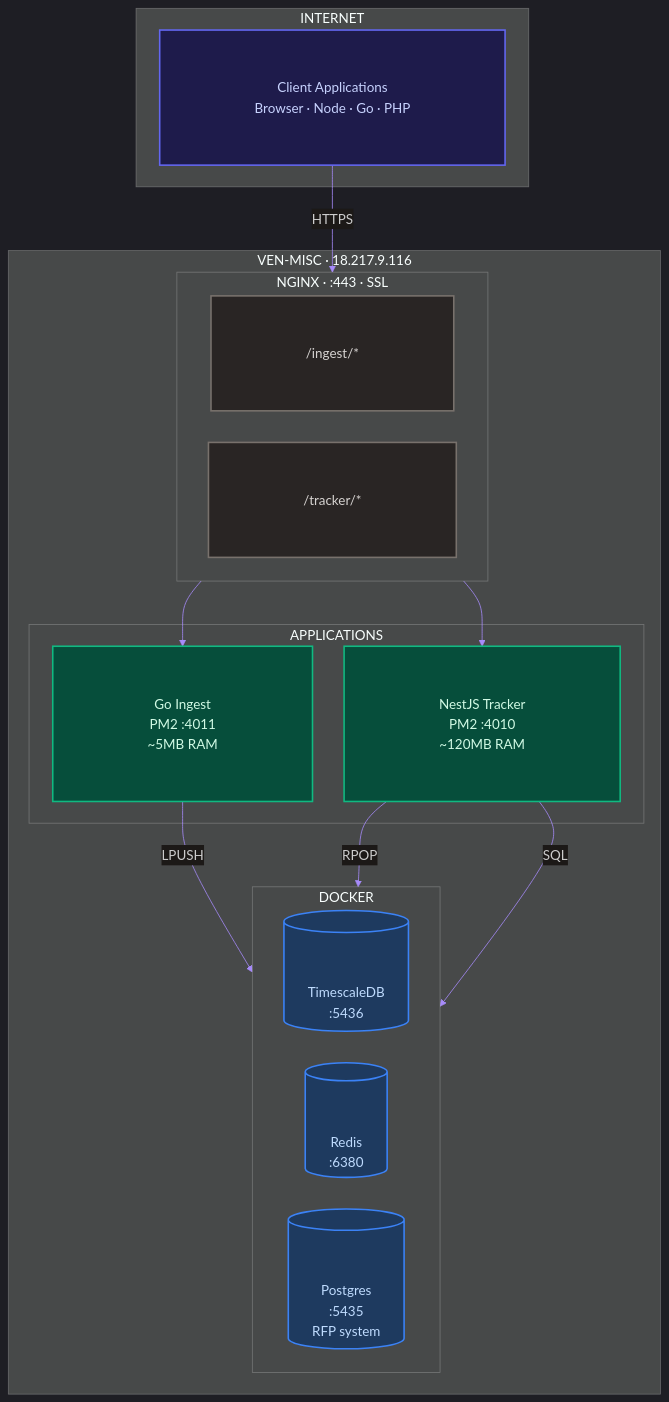
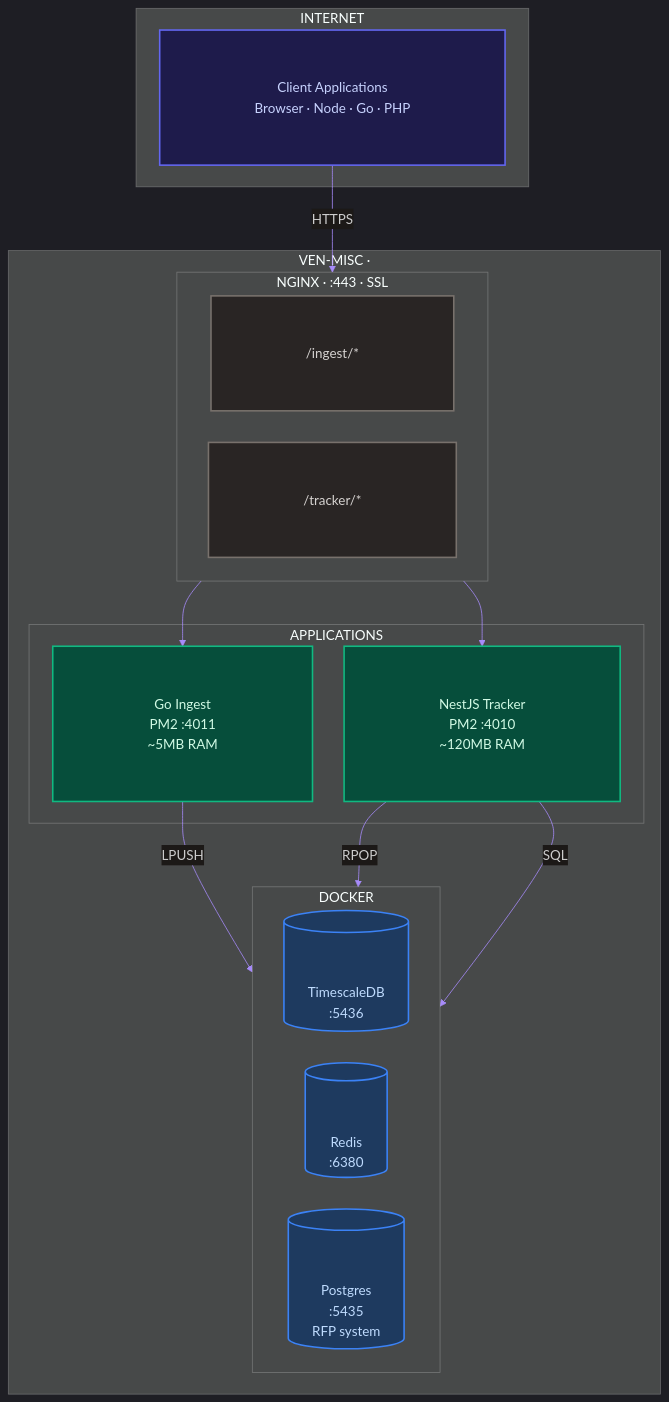
Before and after one commit to rw3iss/tracker: the sixth of 6 diagrams in docs/architecture.md, drawn with Mermaid. The commit also changed other lines of this file and 13 other files, not shown here.

````diff
--- a/docs/architecture.md
+++ b/docs/architecture.md
@@ -258,45 +258,45 @@
 ```mermaid
 %%{init: {'theme': 'dark', 'themeVariables': {'fontSize': '17px', 'fontFamily': 'Inter, system-ui, sans-serif', 'primaryColor': '#312e81', 'primaryTextColor': '#e0e7ff', 'primaryBorderColor': '#6366f1', 'lineColor': '#a78bfa', 'edgeLabelBackground': '#1c1917'}, 'flowchart': {'nodeSpacing': 40, 'rankSpacing': 55, 'padding': 60, 'curve': 'basis'}}}%%
 
 graph TB
     subgraph Internet[" INTERNET "]
         CLIENTS["Client Applications\nBrowser · Node · Go · PHP"]
     end
 
-    subgraph Server[" VEN-MISC · 18.217.9.116 "]
+    subgraph Server[" VEN-MISC · <deploy-host-ip> "]
         subgraph Nginx[" NGINX · :443 · SSL "]
             direction LR
             R1["/ingest/*"]
             R2["/tracker/*"]
         end
 
         subgraph Apps[" APPLICATIONS "]
             GO["Go Ingest\nPM2 :4011\n~5MB RAM"]
             NEST["NestJS Tracker\nPM2 :4010\n~120MB RAM"]
         end
 
         subgraph Containers[" DOCKER "]
             direction LR
             TSDB[("TimescaleDB\n:5436")]
             RED[("Redis\n:6380")]
             PG[("Postgres\n:5435\nRFP system")]
         end
     end
 
     CLIENTS -->|"HTTPS"| Nginx
     R1 --> GO
     R2 --> NEST
     GO -->|"LPUSH"| RED
     NEST -->|"RPOP"| RED
     NEST -->|"SQL"| TSDB
 
     classDef internet fill:#1e1b4b,stroke:#6366f1,color:#c7d2fe,stroke-width:2px
     classDef nginx fill:#292524,stroke:#78716c,color:#d6d3d1,stroke-width:2px
     classDef app fill:#064e3b,stroke:#10b981,color:#d1fae5,stroke-width:2px
     classDef docker fill:#1e3a5f,stroke:#3b82f6,color:#bfdbfe,stroke-width:2px
 
     class CLIENTS internet
     class R1,R2 nginx
     class GO,NEST app
     class TSDB,RED,PG docker
 ```
````
